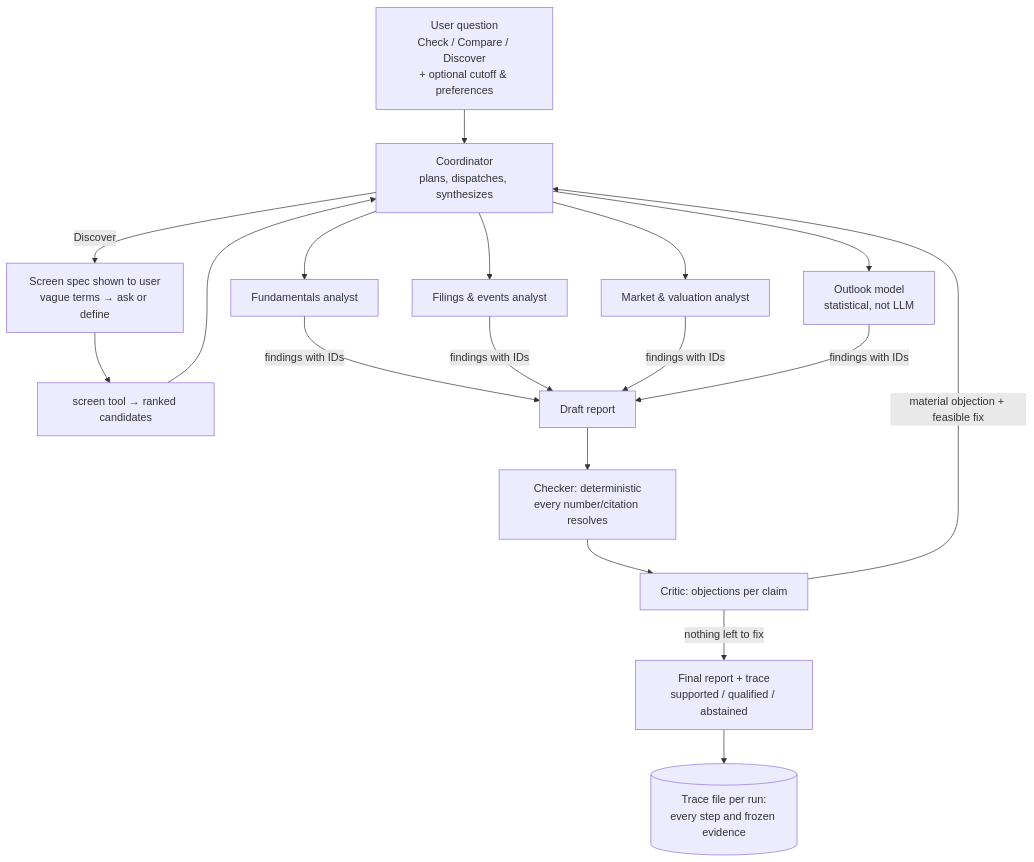
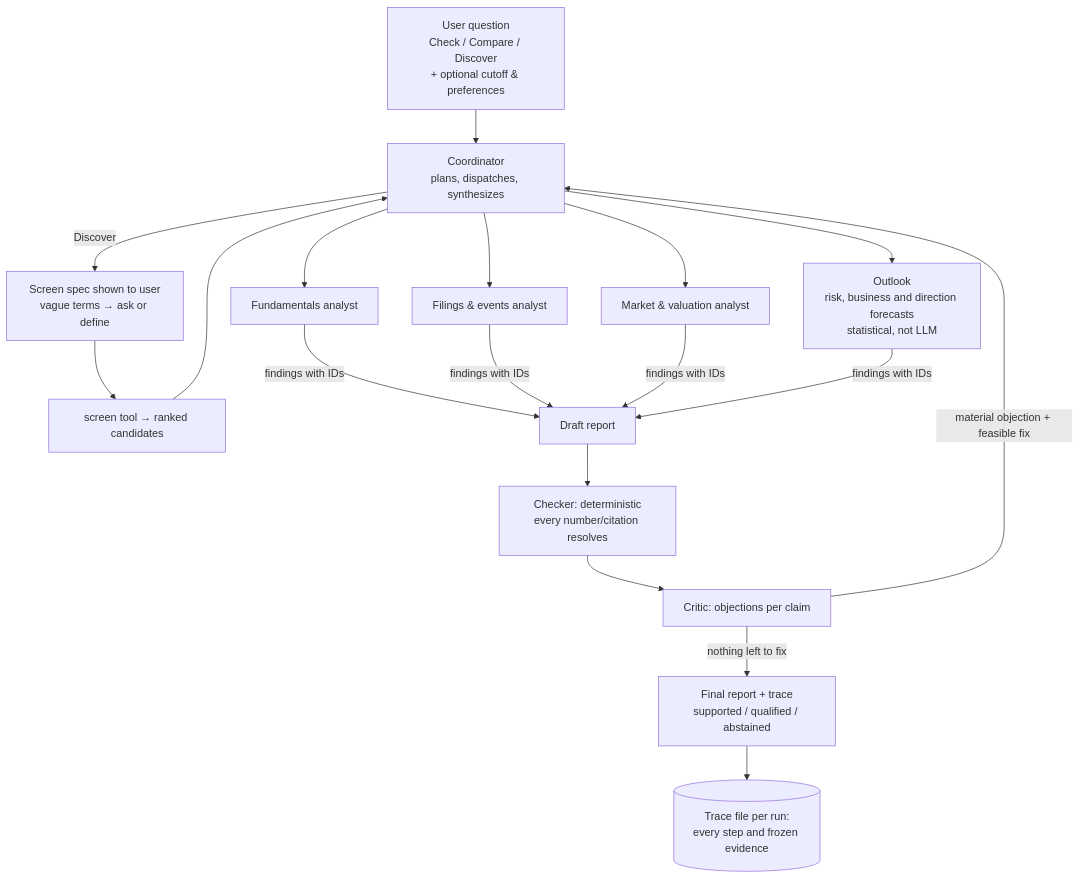
One commit to ivan00105/Agentic-System-for-Investment-Research changed the first of 2 diagrams in PROJECT_GUIDE.md. Above: the diagram before and after it, drawn with Mermaid. The commit also changed other lines of this file and 1 other file, not shown here.

First line of the commit message:
docs(plan): Phase 6 outlook as tested forecasts plus quant analysis

````diff
--- a/PROJECT_GUIDE.md
+++ b/PROJECT_GUIDE.md
@@ -69,17 +69,17 @@
 ```mermaid
 flowchart TD
     U[User question<br/>Check / Compare / Discover<br/>+ optional cutoff & preferences] --> CO[Coordinator<br/>plans, dispatches, synthesizes]
     CO -->|Discover| SS[Screen spec shown to user<br/>vague terms → ask or define]
     SS --> SC[screen tool → ranked candidates]
     SC --> CO
     CO --> FA[Fundamentals analyst]
     CO --> FE[Filings & events analyst]
     CO --> MV[Market & valuation analyst]
-    CO --> OM[Outlook model<br/>statistical, not LLM]
+    CO --> OM[Outlook<br/>risk, business and direction forecasts<br/>statistical, not LLM]
     FA & FE & MV & OM -->|findings with IDs| DR[Draft report]
     DR --> CK[Checker: deterministic<br/>every number/citation resolves]
     CK --> CR[Critic: objections per claim]
     CR -->|material objection + feasible fix| CO
     CR -->|nothing left to fix| FIN[Final report + trace<br/>supported / qualified / abstained]
     FIN --> TR[(Trace file per run:<br/>every step and frozen evidence)]
 ```
````
